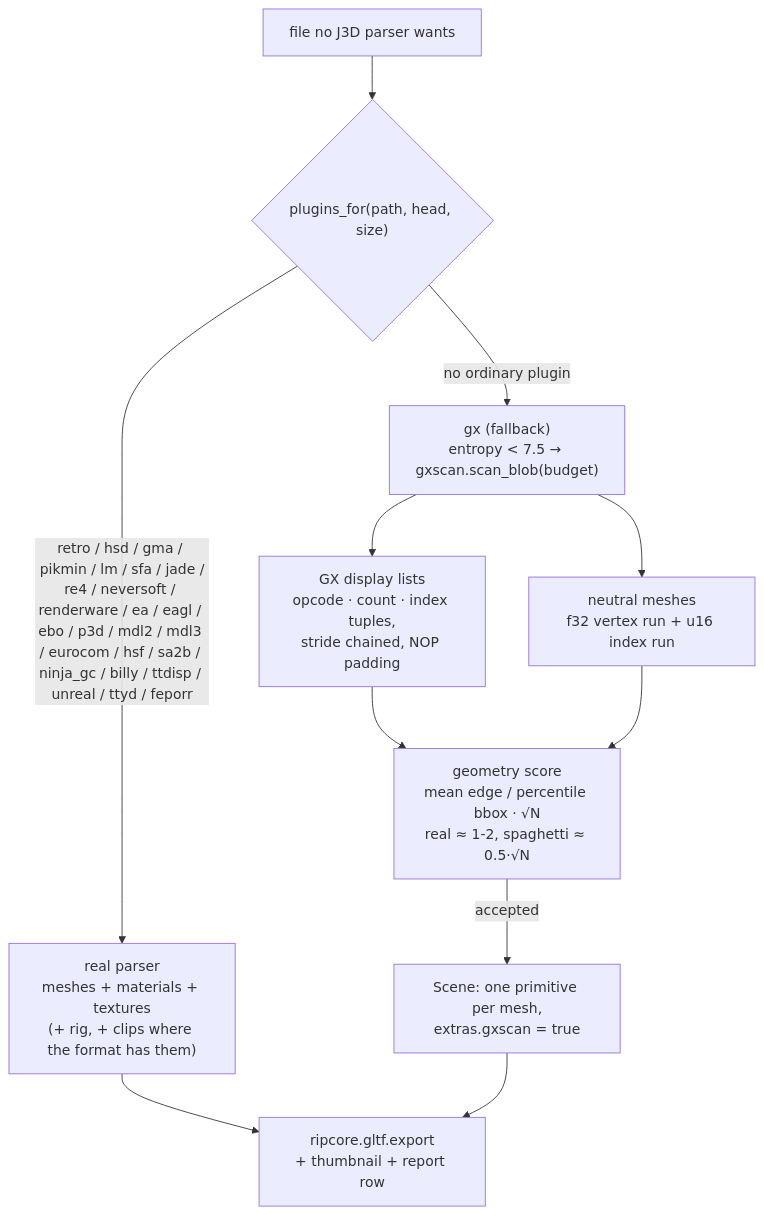
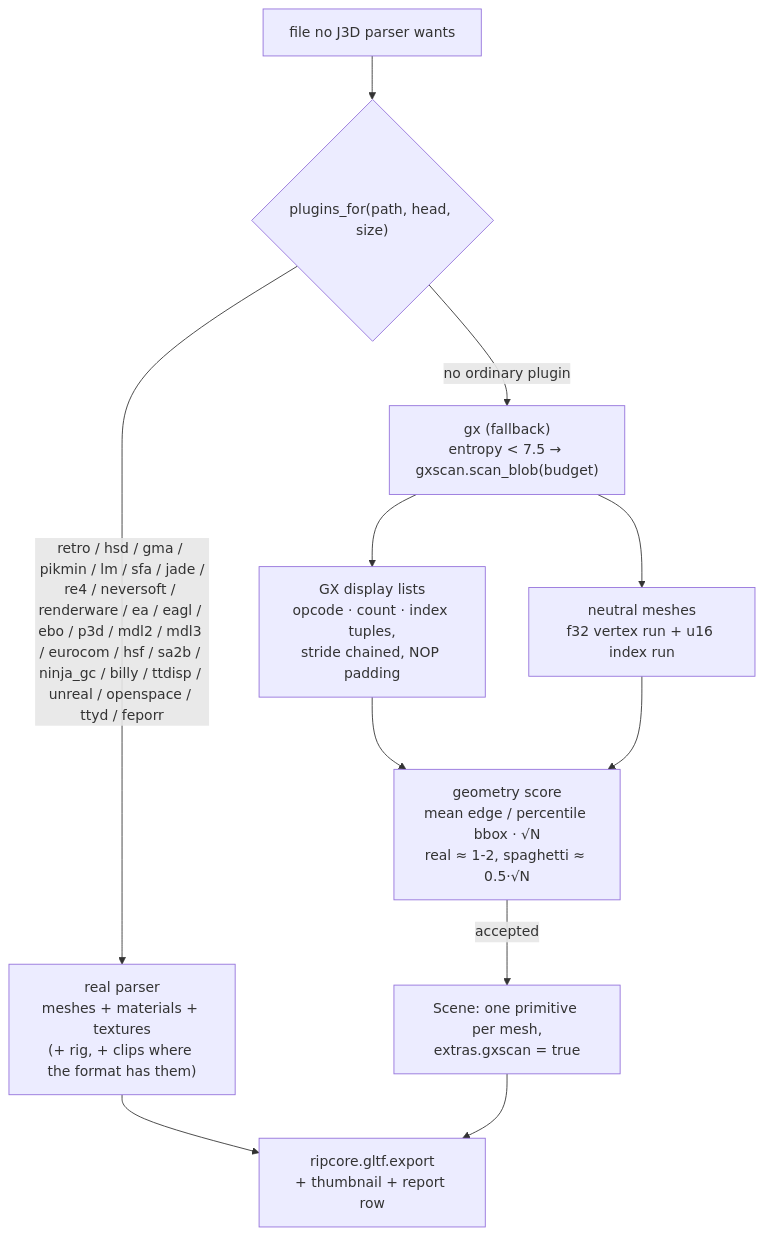
Before and after one commit to Felbs/3d-ripper-9000: the ninth of 9 diagrams in docs/PIPELINE.md, drawn with Mermaid. The commit also changed other lines of this file and 5 other files, not shown here.

First line of the commit message:
gcrip openspace: Rayman 3 / Rayman Arena levels - .ptr relocation, super-object tree with matrices, GeometricObject strip mappings, TPL textures aligned to the texture table; docs + note

````diff
--- a/docs/PIPELINE.md
+++ b/docs/PIPELINE.md
@@ -222,11 +223,11 @@
 ```mermaid
 flowchart TD
     F["file no J3D parser wants"] --> D{"plugins_for(path, head, size)"}
-    D -->|"retro / hsd / gma / pikmin / lm / sfa / jade /<br/>re4 / neversoft / renderware / ea / eagl / ebo / p3d / mdl2 / mdl3 / eurocom / hsf / sa2b / ninja_gc / billy / ttdisp / unreal / ttyd / feporr"| R["real parser<br/>meshes + materials + textures<br/>(+ rig, + clips where the format has them)"]
+    D -->|"retro / hsd / gma / pikmin / lm / sfa / jade /<br/>re4 / neversoft / renderware / ea / eagl / ebo / p3d / mdl2 / mdl3 / eurocom / hsf / sa2b / ninja_gc / billy / ttdisp / unreal / openspace / ttyd / feporr"| R["real parser<br/>meshes + materials + textures<br/>(+ rig, + clips where the format has them)"]
     D -->|"no ordinary plugin"| S["gx (fallback)<br/>entropy < 7.5 → gxscan.scan_blob(budget)"]
     S --> L["GX display lists<br/>opcode · count · index tuples,<br/>stride chained, NOP padding"]
     S --> N["neutral meshes<br/>f32 vertex run + u16 index run"]
     L & N --> SC["geometry score<br/>mean edge / percentile bbox · √N<br/>real ≈ 1-2, spaghetti ≈ 0.5·√N"]
     SC -->|"accepted"| M["Scene: one primitive per mesh,<br/>extras.gxscan = true"]
     R & M --> E["ripcore.gltf.export<br/>+ thumbnail + report row"]
 ```
````
